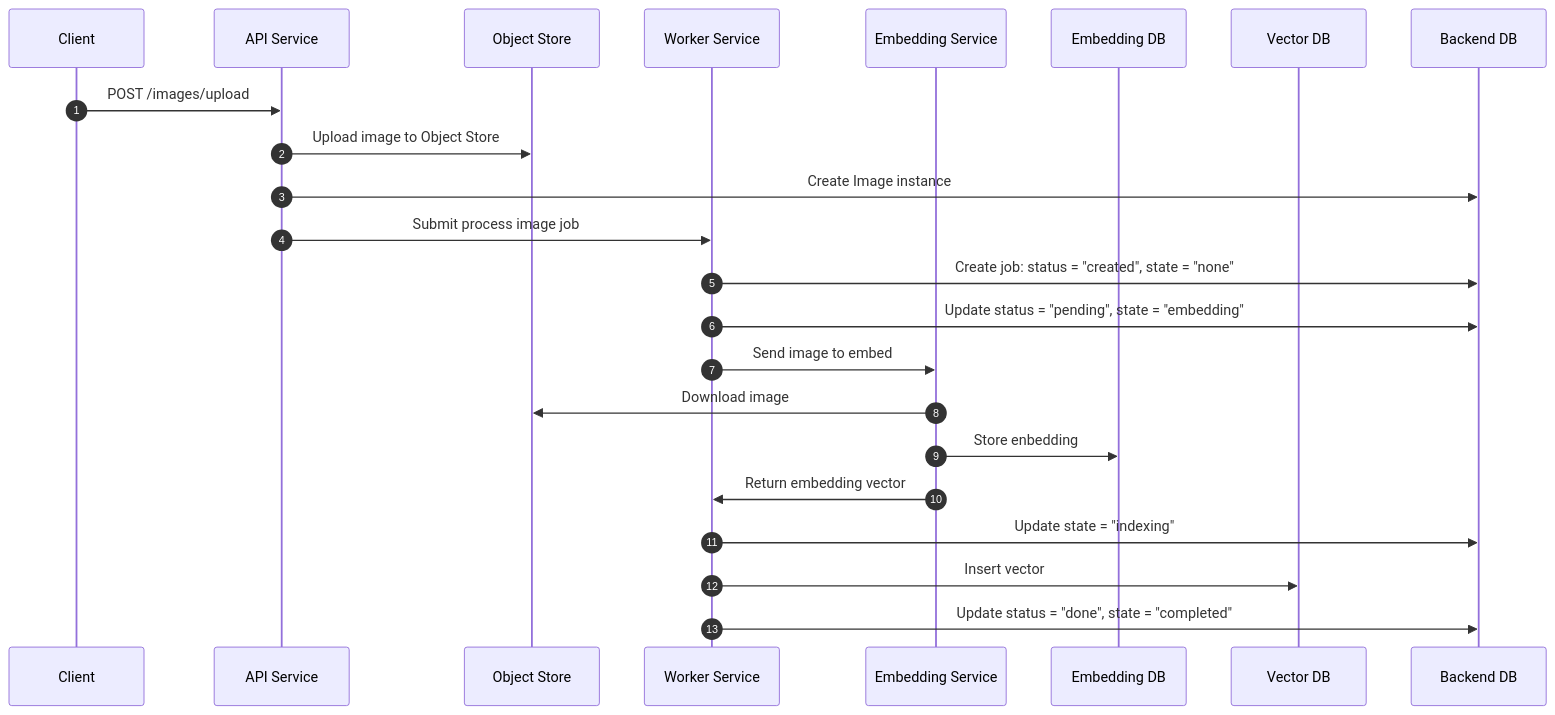
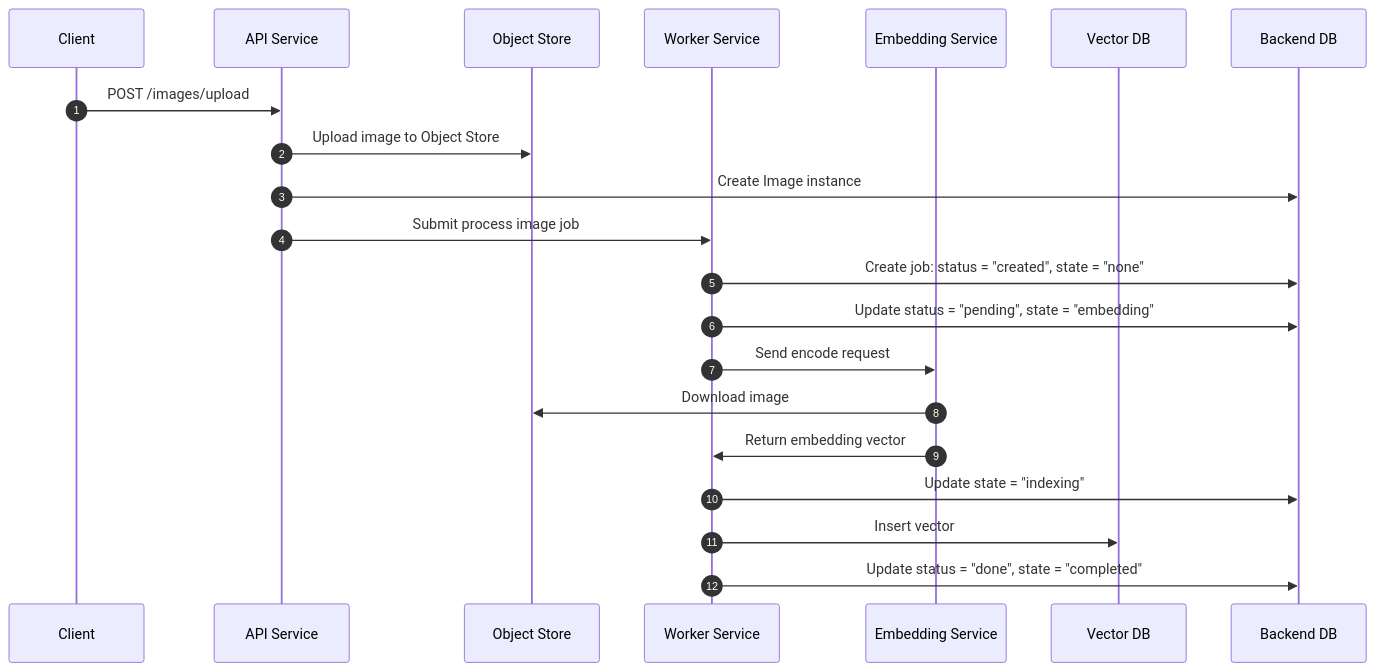
The diagram in docs/sources/use_cases/process_image/sequence_diagram.mmd (Nullpoint56/SmartImageAlbum), drawn with Mermaid before and after one commit. The commit also changed 5 other files, not shown here.

Commit message:
docs: update diagrams

```diff
--- a/docs/sources/use_cases/process_image/sequence_diagram.mmd
+++ b/docs/sources/use_cases/process_image/sequence_diagram.mmd
@@ -1,27 +1,26 @@
 sequenceDiagram
   autonumber
   participant Client
   participant API as API Service
   participant OBJ as Object Store
   participant WORKER as Worker Service
   participant EMBED as Embedding Service
-  participant EMBEDDB as Embedding DB
   participant VECTOR as Vector DB
   participant DB as Backend DB
 
   Client->>API: POST /images/upload
   API->>OBJ: Upload image to Object Store
   API->>DB: Create Image instance
   API->>WORKER: Submit process image job
 
   WORKER->>DB: Create job: status = "created", state = "none"
   WORKER->>DB: Update status = "pending", state = "embedding"
-  WORKER->>EMBED: Send image to embed
+  WORKER->>EMBED: Send encode request
 
   EMBED->>OBJ: Download image
-  EMBED->>EMBEDDB: Store enbedding
   EMBED->>WORKER: Return embedding vector
+
 
   WORKER->>DB: Update state = "indexing"
   WORKER->>VECTOR: Insert vector
   WORKER->>DB: Update status = "done", state = "completed"
```
